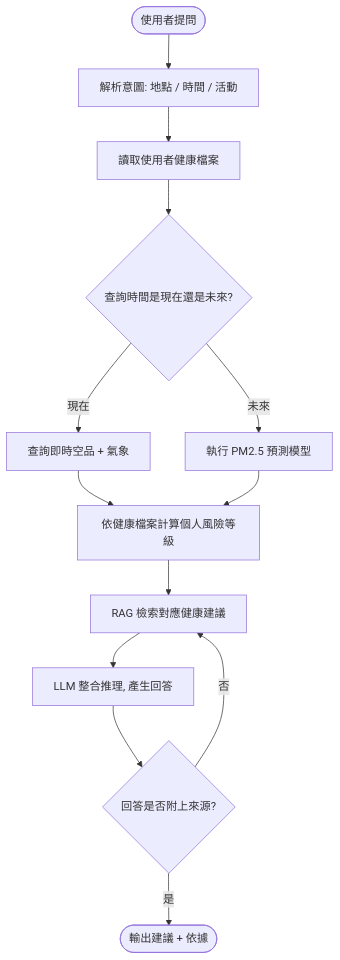
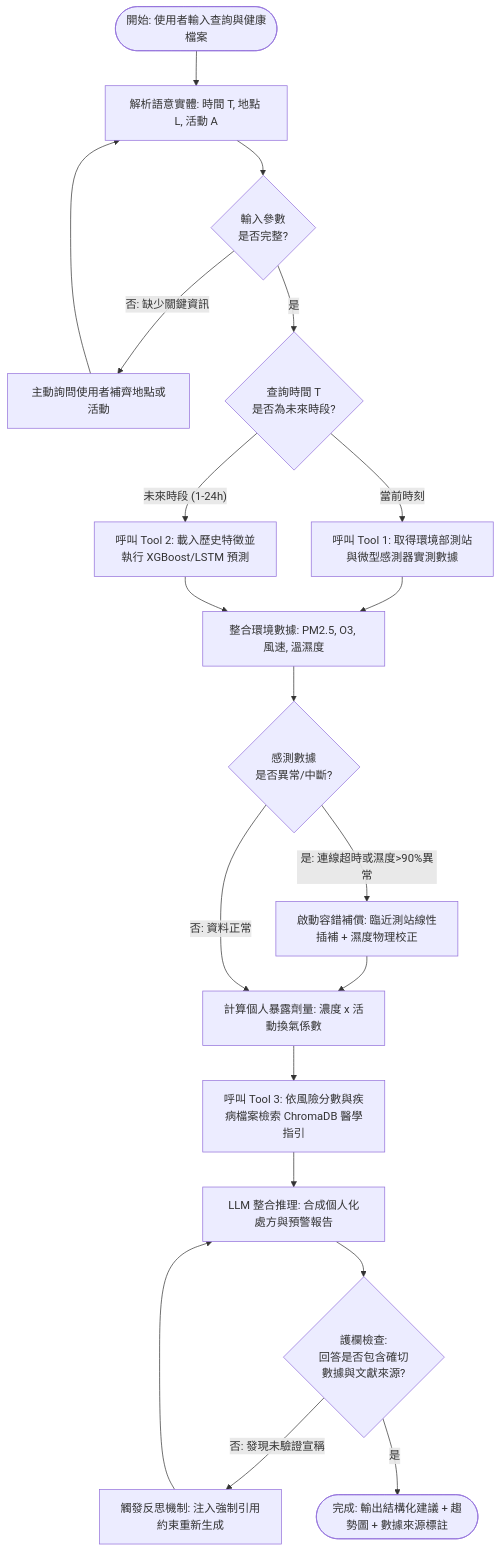
Before and after one commit to aghoniln/IOT_group_proposal: the second of 2 diagrams in docs/proposal.md, drawn with Mermaid. The commit also changed other lines of this file and 7 other files, not shown here.

````diff
--- a/docs/proposal.md
+++ b/docs/proposal.md
@@ -154,15 +302,26 @@
 ```mermaid
 flowchart TD
-    S([使用者提問]) --> P1[解析意圖: 地點 / 時間 / 活動]
-    P1 --> P2[讀取使用者健康檔案]
-    P2 --> Q{查詢時間是現在還是未來?}
-    Q -- 現在 --> P3[查詢即時空品 + 氣象]
-    Q -- 未來 --> P4[執行 PM2.5 預測模型]
-    P3 --> P5[依健康檔案計算個人風險等級]
-    P4 --> P5
-    P5 --> P6[RAG 檢索對應健康建議]
-    P6 --> P7[LLM 整合推理, 產生回答]
-    P7 --> C{回答是否附上來源?}
-    C -- 否 --> P6
-    C -- 是 --> E([輸出建議 + 依據])
+    START([開始: 使用者輸入查詢與健康檔案]) --> STEP1[解析語意實體: 時間 T, 地點 L, 活動 A]
+    STEP1 --> VALID{輸入參數\n是否完整?}
+    VALID -- 否: 缺少關鍵資訊 --> PROMPT_USER[主動詢問使用者補齊地點或活動]
+    PROMPT_USER --> STEP1
+    VALID -- 是 --> CHECK_TIME{查詢時間 T\n是否為未來時段?}
+    
+    CHECK_TIME -- 當前時刻 --> FETCH_REALTIME[呼叫 Tool 1: 取得環境部測站與微型感測器實測數據]
+    CHECK_TIME -- 未來時段 (1-24h) --> FETCH_FORECAST[呼叫 Tool 2: 載入歷史特徵並執行 XGBoost/LSTM 預測]
+    
+    FETCH_REALTIME & FETCH_FORECAST --> MERGE_DATA[整合環境數據: PM2.5, O3, 風速, 溫濕度]
+    MERGE_DATA --> CHECK_EXC{感測數據\n是否異常/中斷?}
+    
+    CHECK_EXC -- 是: 連線超時或濕度>90%異常 --> FALLBACK[啟動容錯補償: 臨近測站線性插補 + 濕度物理校正]
+    FALLBACK --> CALC_DOSE
+    CHECK_EXC -- 否: 資料正常 --> CALC_DOSE[計算個人暴露劑量: 濃度 x 活動換氣係數]
+    
+    CALC_DOSE --> RAG_QUERY[呼叫 Tool 3: 依風險分數與疾病檔案檢索 ChromaDB 醫學指引]
+    RAG_QUERY --> LLM_GEN[LLM 整合推理: 合成個人化處方與預警報告]
+    
+    LLM_GEN --> GUARD{護欄檢查:\n回答是否包含確切\n數據與文獻來源?}
+    GUARD -- 否: 發現未驗證宣稱 --> REFLECT[觸發反思機制: 注入強制引用約束重新生成]
+    REFLECT --> LLM_GEN
+    GUARD -- 是 --> FINALIZE([完成: 輸出結構化建議 + 趨勢圖 + 數據來源標註])
 ```
````
